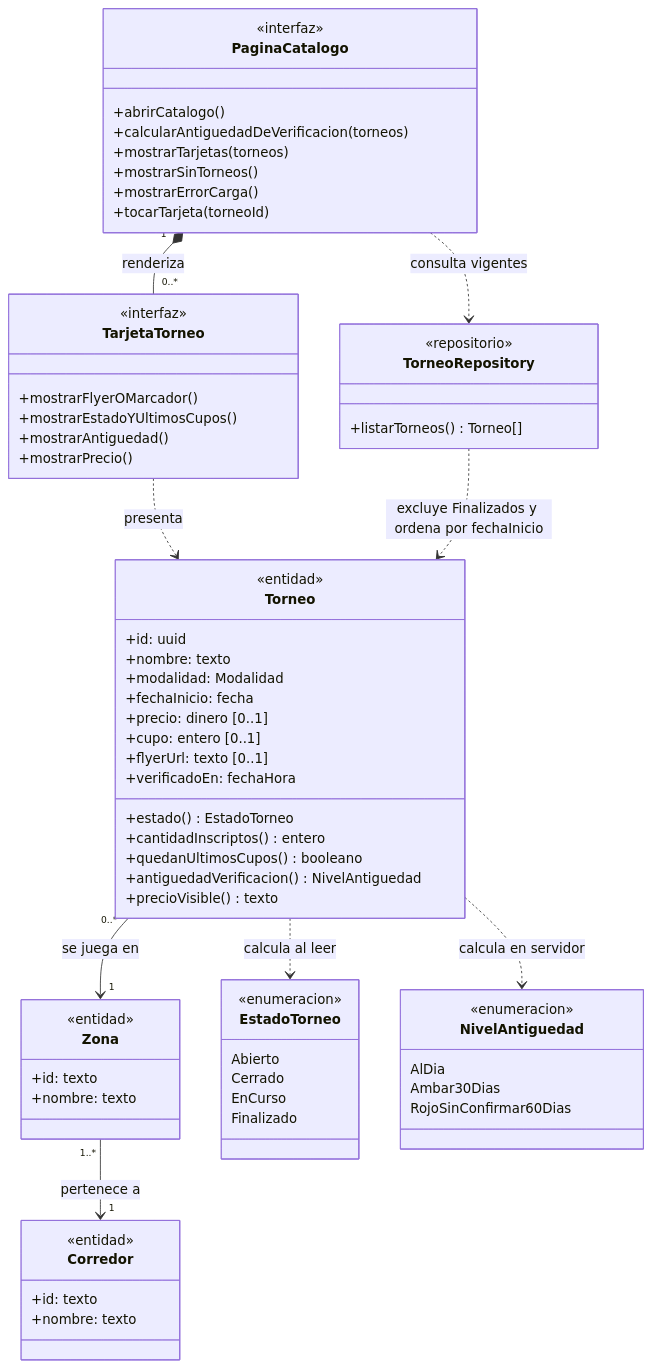
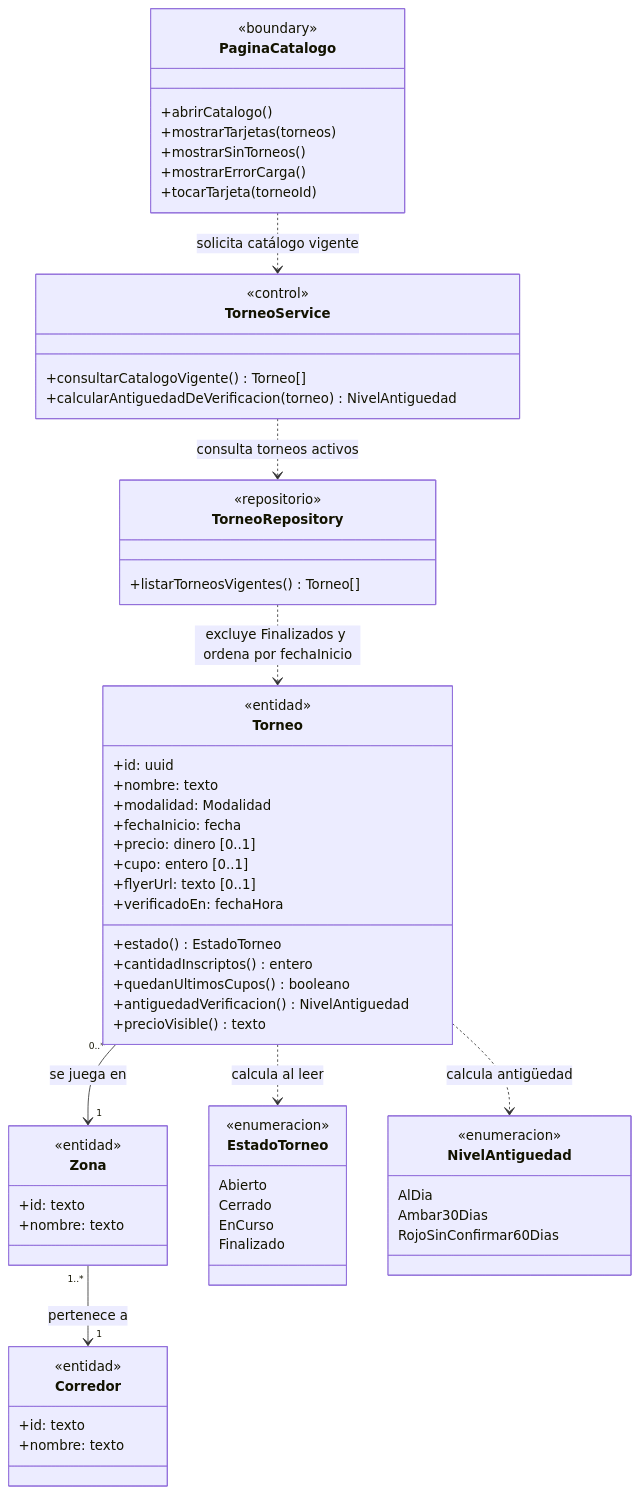
The second of 7 diagrams in docs/diagramas-de-clase/catalogo-de-torneos.md (nicqletal/torneos-scraper), drawn with Mermaid before and after one commit. The commit also changed other lines of this file and 12 other files, not shown here.

Commit message:
Correcion Diagramas de Clase

````diff
--- a/docs/diagramas-de-clase/catalogo-de-torneos.md
+++ b/docs/diagramas-de-clase/catalogo-de-torneos.md
@@ -160,71 +134,67 @@
 ```mermaid
 classDiagram
 direction TB
 class PaginaCatalogo {
-  <<interfaz>>
+  <<boundary>>
   +abrirCatalogo()
-  +calcularAntiguedadDeVerificacion(torneos)
   +mostrarTarjetas(torneos)
   +mostrarSinTorneos()
   +mostrarErrorCarga()
   +tocarTarjeta(torneoId)
 }
-class TarjetaTorneo {
-  <<interfaz>>
-  +mostrarFlyerOMarcador()
-  +mostrarEstadoYUltimosCupos()
-  +mostrarAntiguedad()
-  +mostrarPrecio()
+class TorneoService {
+  <<control>>
+  +consultarCatalogoVigente() Torneo[]
+  +calcularAntiguedadDeVerificacion(torneo) NivelAntiguedad
 }
 class TorneoRepository {
   <<repositorio>>
-  +listarTorneos() Torneo[]
+  +listarTorneosVigentes() Torneo[]
 }
 class Torneo {
   <<entidad>>
   +id: uuid
   +nombre: texto
   +modalidad: Modalidad
   +fechaInicio: fecha
   +precio: dinero [0..1]
   +cupo: entero [0..1]
   +flyerUrl: texto [0..1]
   +verificadoEn: fechaHora
   +estado() EstadoTorneo
   +cantidadInscriptos() entero
   +quedanUltimosCupos() booleano
   +antiguedadVerificacion() NivelAntiguedad
   +precioVisible() texto
 }
 class Zona {
   <<entidad>>
   +id: texto
   +nombre: texto
 }
 class Corredor {
   <<entidad>>
   +id: texto
   +nombre: texto
 }
 class EstadoTorneo {
   <<enumeracion>>
   Abierto
   Cerrado
   EnCurso
   Finalizado
 }
 class NivelAntiguedad {
   <<enumeracion>>
   AlDia
   Ambar30Dias
   RojoSinConfirmar60Dias
 }
-PaginaCatalogo ..> TorneoRepository : consulta vigentes
-PaginaCatalogo "1" *-- "0..*" TarjetaTorneo : renderiza
-TarjetaTorneo ..> Torneo : presenta
+PaginaCatalogo ..> TorneoService : solicita catálogo vigente
+TorneoService ..> TorneoRepository : consulta torneos activos
 TorneoRepository ..> Torneo : excluye Finalizados y ordena por fechaInicio
 Torneo "0..*" --> "1" Zona : se juega en
 Zona "1..*" --> "1" Corredor : pertenece a
 Torneo ..> EstadoTorneo : calcula al leer
-Torneo ..> NivelAntiguedad : calcula en servidor
+Torneo ..> NivelAntiguedad : calcula antigüedad
 ```
````
